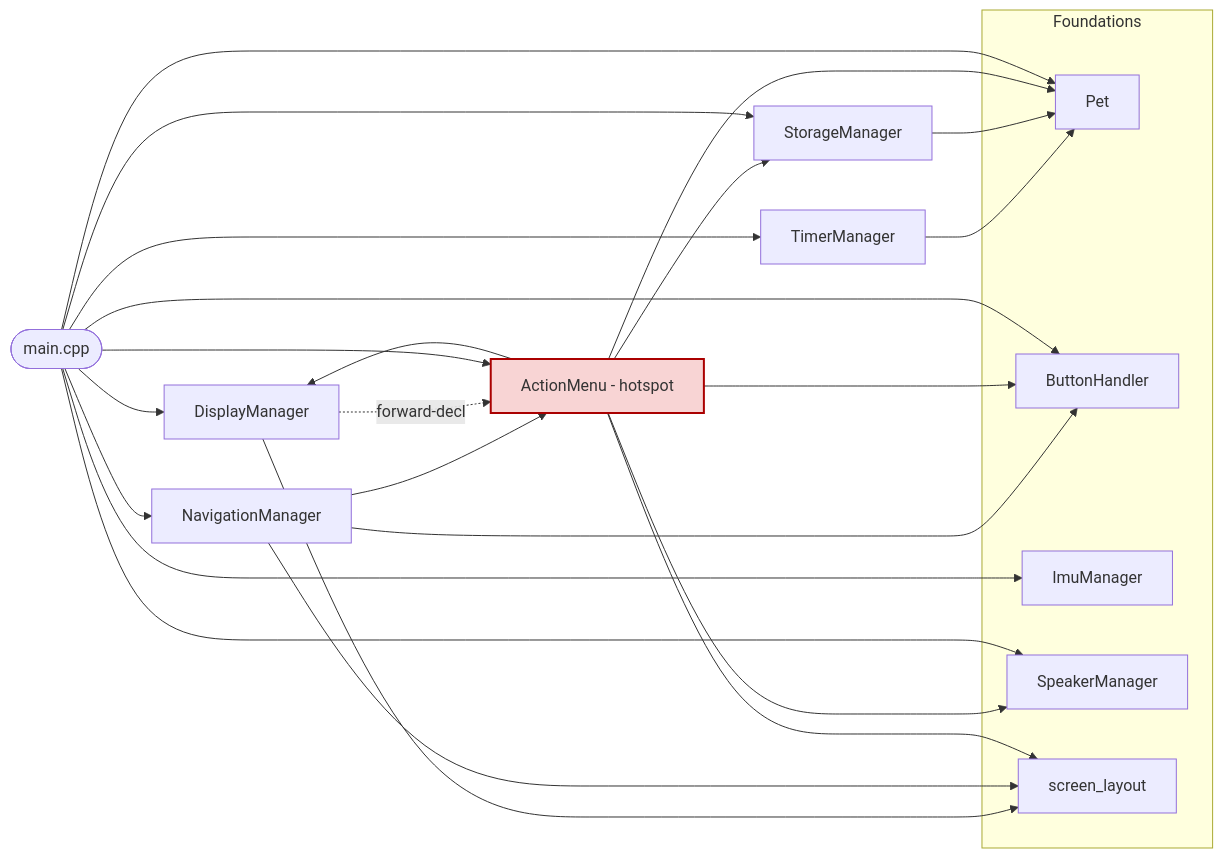
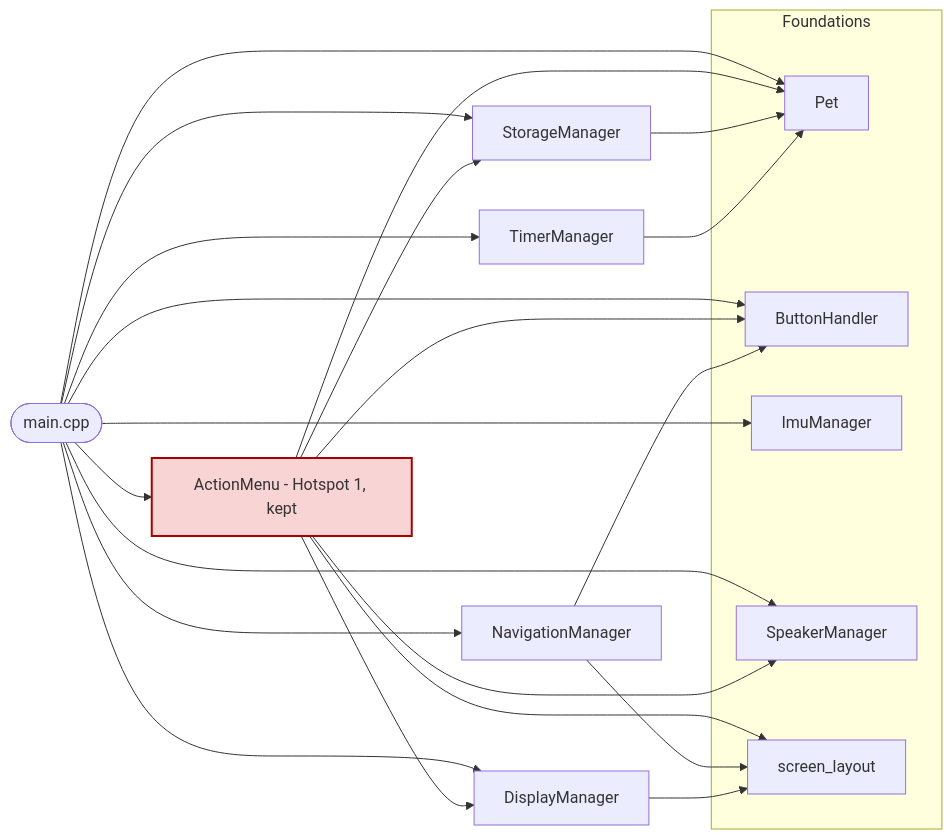
One commit to Hal9004/vitrual-pet changed the diagram in virtual-pet/DEV_ROADMAP.md. Above: the diagram before and after it, drawn with Mermaid. The commit also changed other lines of this file, not shown here.

First line of the commit message:
docs: refresh Appendix A.1 dependency diagram for post-Task-19 reality

````diff
--- a/virtual-pet/DEV_ROADMAP.md
+++ b/virtual-pet/DEV_ROADMAP.md
@@ -1188,47 +1188,44 @@
 ```mermaid
 graph LR
     Main([main.cpp])
 
     subgraph Foundations
         Pet[Pet]
         Button[ButtonHandler]
         IMU[ImuManager]
         Speaker[SpeakerManager]
         Layout[screen_layout]
     end
 
     Timer[TimerManager]
     Storage[StorageManager]
     Display[DisplayManager]
     Nav[NavigationManager]
-    Menu[ActionMenu - hotspot]
+    Menu[ActionMenu - Hotspot 1, kept]
 
     Timer --> Pet
     Storage --> Pet
     Display --> Layout
     Nav --> Layout
     Nav --> Button
-    Nav --> Menu
 
     Menu --> Pet
     Menu --> Display
     Menu --> Layout
     Menu --> Button
     Menu --> Speaker
     Menu --> Storage
-
-    Display -. forward-decl .-> Menu
 
     Main --> Pet
     Main --> Display
     Main --> Button
     Main --> Menu
     Main --> Nav
     Main --> Timer
     Main --> IMU
     Main --> Speaker
     Main --> Storage
 
     classDef hotspot fill:#f8d4d4,stroke:#a00,stroke-width:2px
     class Menu hotspot
 ```
````
